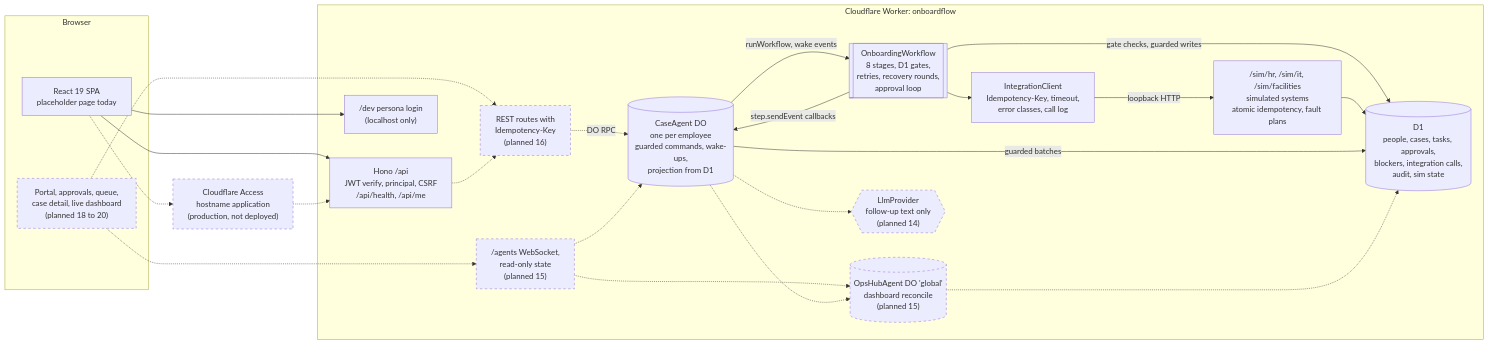
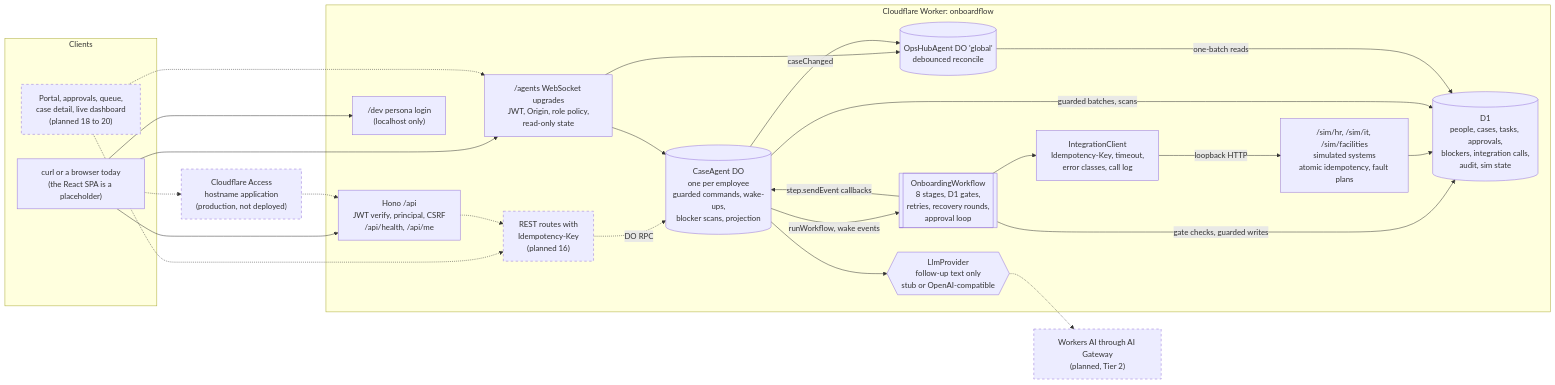
One commit to nitishsjsucs/onboardflow changed the first of 2 diagrams in README.md. Above: the diagram before and after it, drawn with Mermaid. The commit also changed other lines of this file, not shown here.

Commit message:
docs: README with status, architecture, design decisions, local setup and roadmap

````diff
--- a/README.md
+++ b/README.md
@@ -77,46 +82,50 @@
 ```mermaid
 flowchart LR
-  subgraph Browser
-    SPA["React 19 SPA<br/>placeholder page today"]
+  subgraph Clients
+    CLI["curl or a browser today<br/>(the React SPA is a placeholder)"]
     PAGES["Portal, approvals, queue,<br/>case detail, live dashboard<br/>(planned 18 to 20)"]
   end
 
   ACC["Cloudflare Access<br/>hostname application<br/>(production, not deployed)"]
 
   subgraph Worker["Cloudflare Worker: onboardflow"]
     API["Hono /api<br/>JWT verify, principal, CSRF<br/>/api/health, /api/me"]
     DEV["/dev persona login<br/>(localhost only)"]
     REST["REST routes with<br/>Idempotency-Key<br/>(planned 16)"]
-    WS["/agents WebSocket,<br/>read-only state<br/>(planned 15)"]
-    CA[("CaseAgent DO<br/>one per employee<br/>guarded commands, wake-ups,<br/>projection from D1")]
-    HUB[("OpsHubAgent DO 'global'<br/>dashboard reconcile<br/>(planned 15)")]
+    WS["/agents WebSocket upgrades<br/>JWT, Origin, role policy,<br/>read-only state"]
+    CA[("CaseAgent DO<br/>one per employee<br/>guarded commands, wake-ups,<br/>blocker scans, projection")]
+    HUB[("OpsHubAgent DO 'global'<br/>debounced reconcile")]
     WF[["OnboardingWorkflow<br/>8 stages, D1 gates,<br/>retries, recovery rounds,<br/>approval loop"]]
     IC["IntegrationClient<br/>Idempotency-Key, timeout,<br/>error classes, call log"]
     SIM["/sim/hr, /sim/it, /sim/facilities<br/>simulated systems<br/>atomic idempotency, fault plans"]
-    LLM{{"LlmProvider<br/>follow-up text only<br/>(planned 14)"}}
+    LLM{{"LlmProvider<br/>follow-up text only<br/>stub or OpenAI-compatible"}}
     D1[("D1<br/>people, cases, tasks, approvals,<br/>blockers, integration calls,<br/>audit, sim state")]
   end
 
-  SPA --> DEV
-  SPA --> API
-  SPA -.-> ACC -.-> API
+  WAI["Workers AI through AI Gateway<br/>(planned, Tier 2)"]
+
+  CLI --> DEV
+  CLI --> API
+  CLI --> WS
+  CLI -.-> ACC -.-> API
   PAGES -.-> REST
   PAGES -.-> WS
   API -.-> REST
   REST -.->|DO RPC| CA
-  WS -.-> CA
-  WS -.-> HUB
+  WS --> CA
+  WS --> HUB
   CA -->|runWorkflow, wake events| WF
   WF -->|step.sendEvent callbacks| CA
   WF -->|gate checks, guarded writes| D1
   WF --> IC
   IC -->|loopback HTTP| SIM
   SIM --> D1
-  CA -->|guarded batches| D1
-  CA -.-> HUB
-  HUB -.-> D1
-  CA -.-> LLM
+  CA -->|guarded batches, scans| D1
+  CA -->|caseChanged| HUB
+  HUB -->|one-batch reads| D1
+  CA --> LLM
+  LLM -.-> WAI
 
   classDef planned stroke-dasharray: 5 5
-  class PAGES,ACC,REST,WS,HUB,LLM planned
+  class PAGES,ACC,REST,WAI planned
 ```
````
